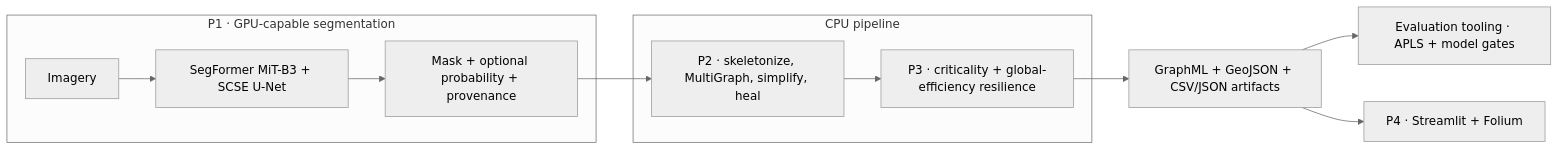
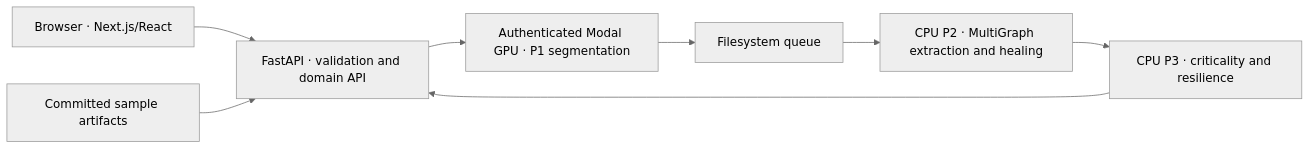
The first of 3 diagrams in docs/TRD.md (Akshat-Tiwari69/Trace), drawn with Mermaid (neutral theme) before and after one commit. The commit also changed other lines of this file and 115 other files, not shown here.

````diff
--- a/docs/TRD.md
+++ b/docs/TRD.md
@@ -9,14 +7,10 @@
 ```mermaid
 flowchart LR
-    subgraph P1["P1 · GPU-capable segmentation"]
-      IMG[Imagery] --> SEG[SegFormer MiT-B3 + SCSE U-Net]
-      SEG --> MASK[Mask + optional probability + provenance]
-    end
-    subgraph CPU["CPU pipeline"]
-      MASK --> P2["P2 · skeletonize, MultiGraph, simplify, heal"]
-      P2 --> P3["P3 · criticality + global-efficiency resilience"]
-    end
-    P3 --> ART[GraphML + GeoJSON + CSV/JSON artifacts]
-    ART --> EVAL["Evaluation tooling · APLS + model gates"]
-    ART --> P4["P4 · Streamlit + Folium"]
+    B["Browser · Next.js/React"] --> A["FastAPI · validation and domain API"]
+    A --> M["Authenticated Modal GPU · P1 segmentation"]
+    M --> Q["Filesystem queue"]
+    Q --> P2["CPU P2 · MultiGraph extraction and healing"]
+    P2 --> P3["CPU P3 · criticality and resilience"]
+    P3 --> A
+    S["Committed sample artifacts"] --> A
 ```
````
